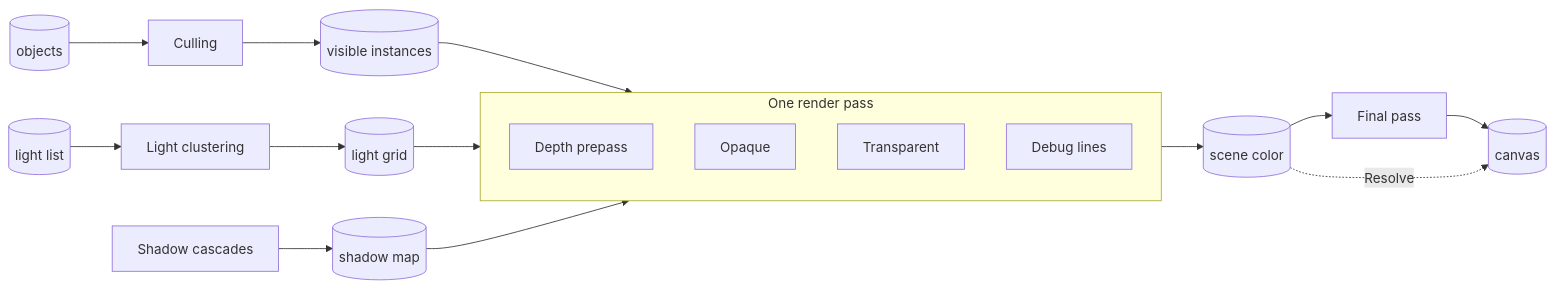
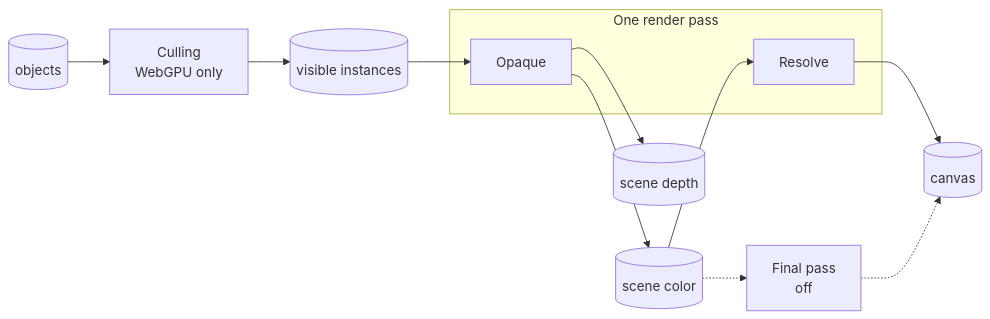
Before and after one commit to null3d-engine/null3d: the first of 2 diagrams in docs/concepts/render-graph.md, drawn with Mermaid. The commit also changed other lines of this file and 24 other files, not shown here.

````diff
--- a/docs/concepts/render-graph.md
+++ b/docs/concepts/render-graph.md
@@ -13,17 +13,13 @@
 ```mermaid
 flowchart LR
-    objects[("objects")] --> culling["Culling"] --> visible[("visible instances")]
-    lights[("light list")] --> clusters["Light clustering"] --> grid[("light grid")]
-    cascades["Shadow cascades"] --> shadowMap[("shadow map")]
-    visible --> scene
-    grid --> scene
-    shadowMap --> scene
+    objects[("objects")] --> culling["Culling<br/>WebGPU only"] --> visible[("visible instances")]
+    visible --> opaque
     subgraph scene["One render pass"]
-        prepass["Depth prepass"]
         opaque["Opaque"]
-        transparent["Transparent"]
-        lines["Debug lines"]
+        resolve["Resolve"]
     end
-    scene --> color[("scene color")] --> final["Final pass"] --> canvas[("canvas")]
-    color -. "Resolve" .-> canvas
+    opaque --> color[("scene color")]
+    opaque --> depth[("scene depth")]
+    color --> resolve --> canvas[("canvas")]
+    color -.-> final["Final pass<br/>off"] -.-> canvas
 ```
````
